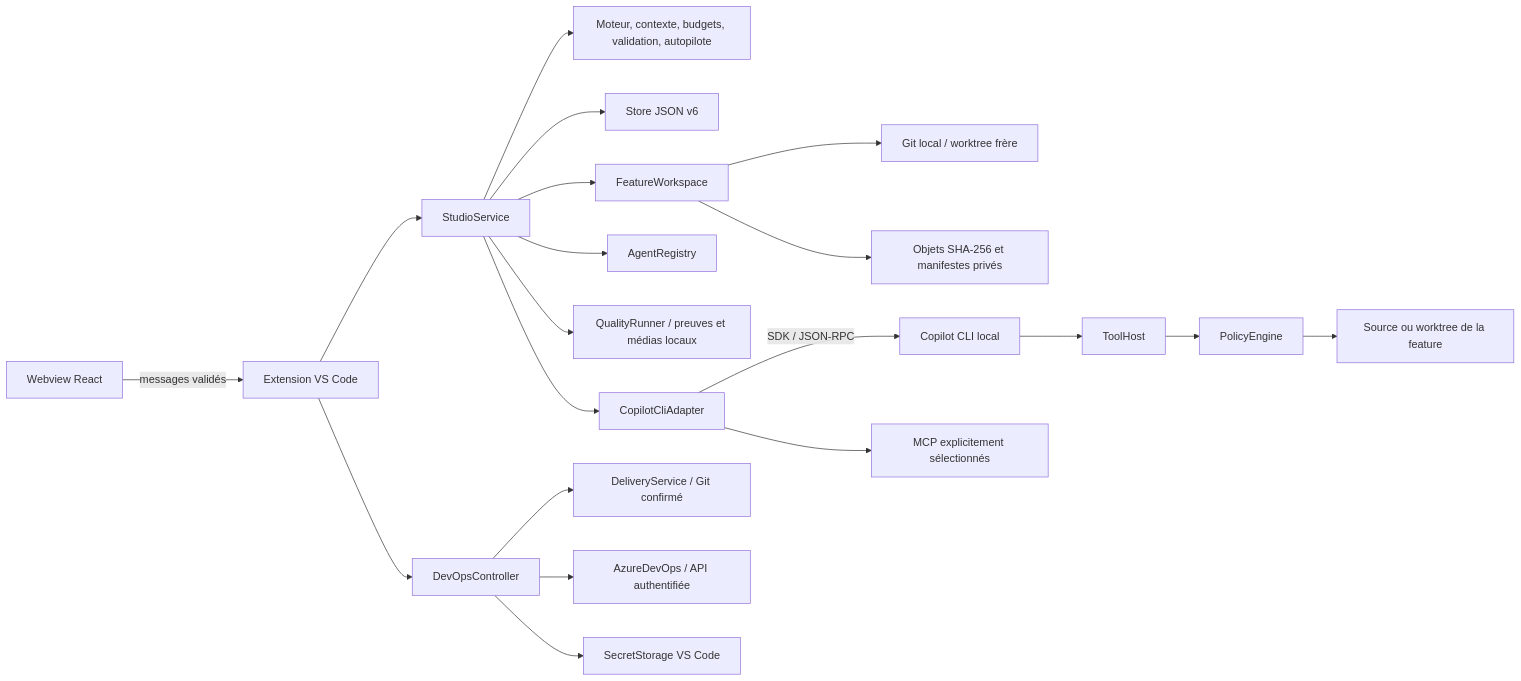
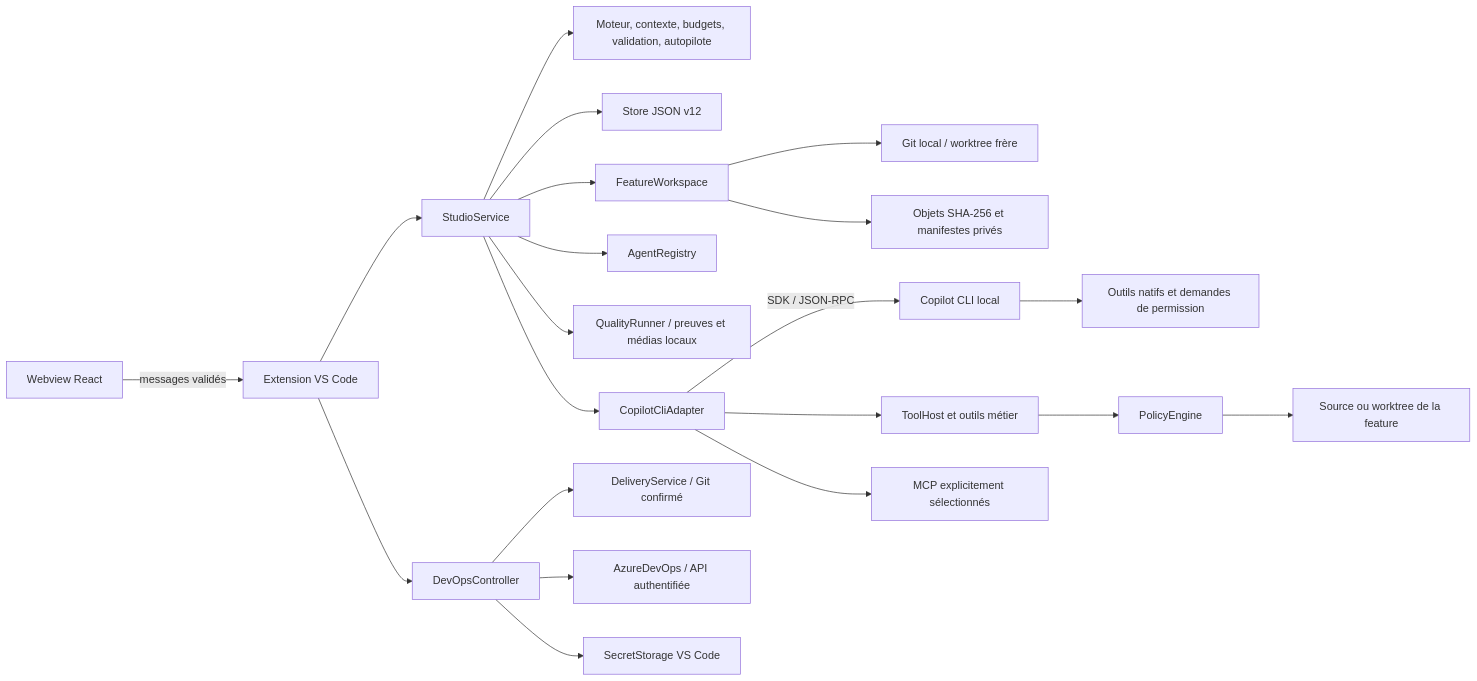
Before and after one commit to MattDevBzh/KerAI: the diagram in docs/ARCHITECTURE.md, drawn with Mermaid. The commit also changed other lines of this file and 104 other files, not shown here.

````diff
--- a/docs/ARCHITECTURE.md
+++ b/docs/ARCHITECTURE.md
@@ -5,22 +7,23 @@
 ```mermaid
 flowchart LR
     UI[Webview React] -->|messages validés| VS[Extension VS Code]
     VS --> Service[StudioService]
     Service --> Core[Moteur, contexte, budgets, validation, autopilote]
-    Service --> Store[Store JSON v6]
+    Service --> Store[Store JSON v12]
     Service --> GitSpace[FeatureWorkspace]
     GitSpace --> Git[Git local / worktree frère]
     GitSpace --> Points[Objets SHA-256 et manifestes privés]
     Service --> Registry[AgentRegistry]
     Service --> Quality[QualityRunner / preuves et médias locaux]
     VS --> DevOps[DevOpsController]
     DevOps --> Delivery[DeliveryService / Git confirmé]
     DevOps --> Boards[AzureDevOps / API authentifiée]
     DevOps --> Secrets[SecretStorage VS Code]
     Service --> Adapter[CopilotCliAdapter]
     Adapter -->|SDK / JSON-RPC| CLI[Copilot CLI local]
-    CLI --> Tools[ToolHost]
+    CLI --> Native[Outils natifs et demandes de permission]
+    Adapter --> Tools[ToolHost et outils métier]
     Tools --> Policy[PolicyEngine]
     Policy --> Files[Source ou worktree de la feature]
     Adapter --> MCP[MCP explicitement sélectionnés]
 ```
````
